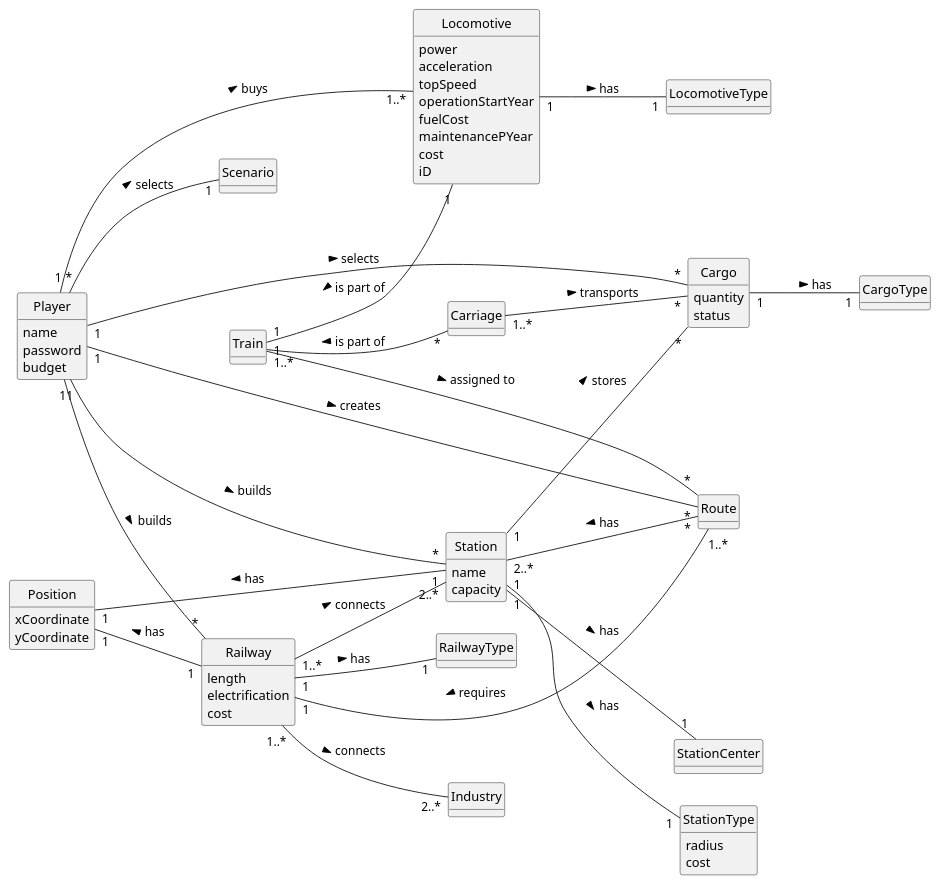
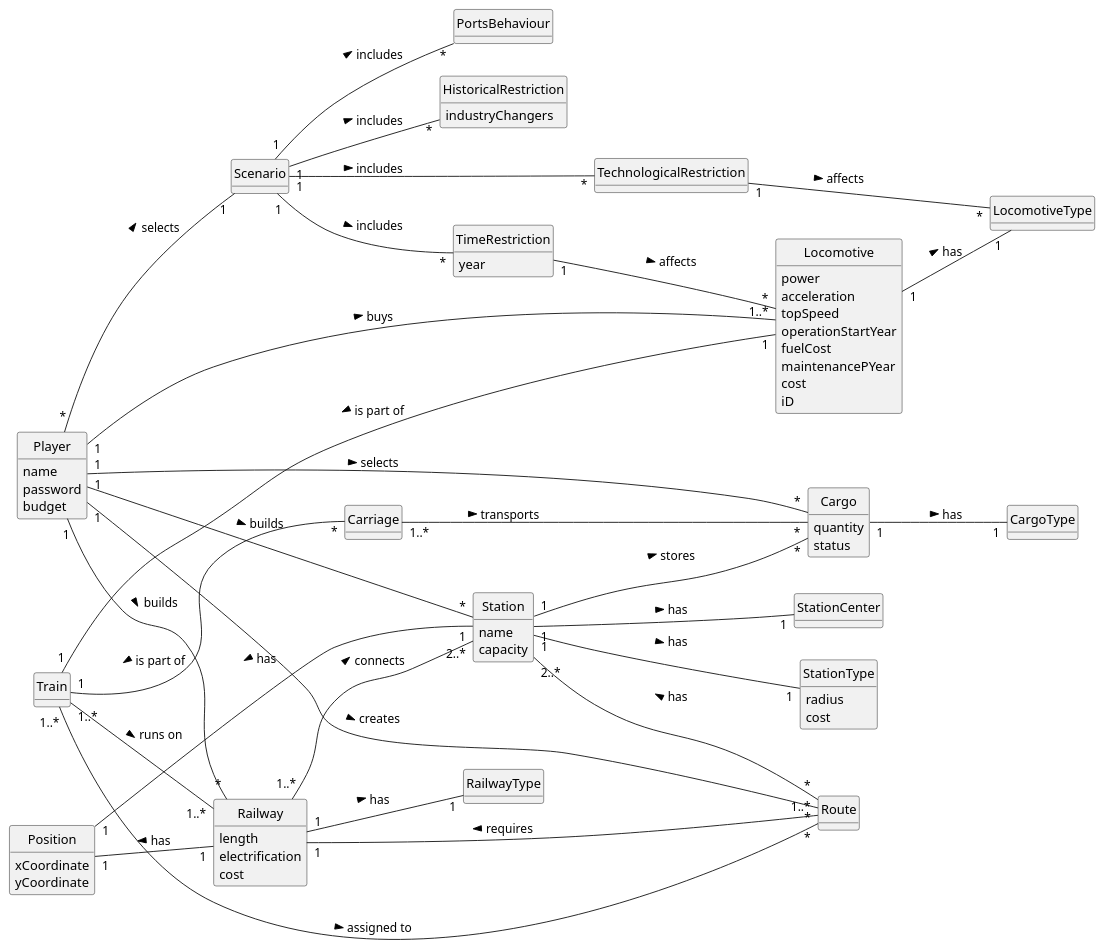
The diagram in Sprint2/US010/02.analysis/puml/US010-DM.puml (1240935/pi2-railway-simulator), drawn with PlantUML before and after one commit. The commit also changed 9 other files, not shown here.

```diff
--- a/Sprint2/US010/02.analysis/puml/US010-DM.puml
+++ b/Sprint2/US010/02.analysis/puml/US010-DM.puml
@@ -1,108 +1,131 @@
 @startuml
 skinparam monochrome true
 skinparam packageStyle rectangle
 skinparam shadowing false
 'skinparam linetype ortho
 'left to right direction
 skinparam classAttributeIconSize 0
 hide circle
 hide methods
 
 left to right direction
 
 class Player {
     name
     password
     budget
 }
 
 class Locomotive {
     power
     acceleration
     topSpeed
     operationStartYear
     fuelCost
     maintenancePYear
     cost
     iD
 }
 
 class LocomotiveType{
 }
 
 class Route {
 }
 
 class Station {
     name
     capacity
 }
 
 class StationCenter{
 }
 
 class StationType{
     radius
     cost
 }
 
 class Cargo {
     quantity
     status
 }
 
 class CargoType{
 }
 
 class Railway{
     length
     electrification
     cost
 }
 
 class RailwayType{
 }
 
 class Position{
     xCoordinate
     yCoordinate
 }
 
 class Train {
 }
 
 class Carriage{
 }
 
+class HistoricalRestriction{
+    industryChangers
+}
+
+class TimeRestriction{
+    year
+}
+
+class TechnologicalRestriction{
+}
+
+class PortsBehaviour{
+}
+
 Player "*" -- "1" Scenario : selects >
 Player "1" -- "*" Station : builds >
 Player "1" -- "*" Route : creates >
 Player "1" -- "*" Railway : builds >
 Player "1" -- "*"  Cargo : selects >
 Player "1" -- "1..*" Locomotive : buys >
+
+Scenario "1" -- "*" HistoricalRestriction: includes >
+Scenario "1" -- "*" TechnologicalRestriction: includes >
+Scenario "1" -- "*" TimeRestriction: includes >
+Scenario "1" -- "*" PortsBehaviour: includes >
+
+TimeRestriction "1" -- "*" Locomotive: affects >
+TechnologicalRestriction "1" -- "*" LocomotiveType: affects >
 
 Position "1" -- "1" Station: has <
 Position "1" -- "1" Railway: has <
 
 Station "1" -- "*" Cargo : stores >
 Station "2..*" -- "*" Route: has <
 Station "1" -- "1" StationType: has >
 Station "1" -- "1" StationCenter: has >
 
 Locomotive "1" -- "1" LocomotiveType: has >
 
 Carriage "1..*" -- "*" Cargo: transports >
 
 Railway "1" -- "1..*" Route: requires <
-Railway "1..*" -- "2..*" Industry : connects >
 Railway "1..*" -- "2..*" Station : connects >
 Railway "1" -- "1" RailwayType: has >
 
 Cargo "1" -- "1" CargoType: has >
 
 Train "1" -- "1" Locomotive: is part of <
 Train "1" -- "*" Carriage: is part of <
 Train "1..*" -- "*" Route : assigned to >
+Train "1..*" -- "1..*" Railway: runs on >
+
 
 
 @enduml
```
